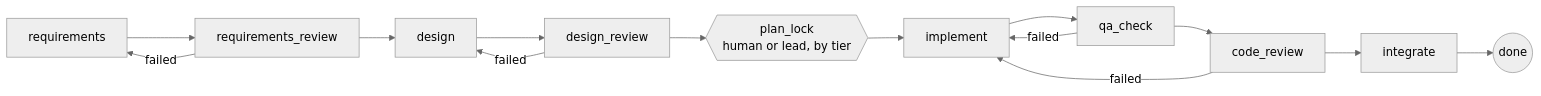
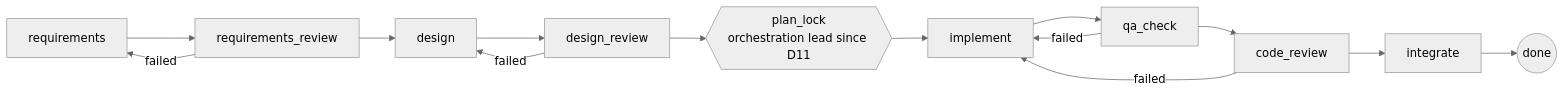
Before and after one commit to aurbanow1/url-shortener-agentic-sdlc: the third of 4 diagrams in docs/ARCHITECTURE.md, drawn with Mermaid (neutral theme). The commit also changed other lines of this file and 14 other files, not shown here.

````diff
--- a/docs/ARCHITECTURE.md
+++ b/docs/ARCHITECTURE.md
@@ -119,13 +121,13 @@
 ```mermaid
 flowchart LR
   REQ[requirements] --> RQR[requirements_review]
   RQR -- failed --> REQ
   RQR --> DES[design] --> DSR[design_review]
   DSR -- failed --> DES
-  DSR --> PL{{plan_lock<br/>human or lead, by tier}}
+  DSR --> PL{{plan_lock<br/>orchestration lead since D11}}
   PL --> IMPL[implement] --> QA[qa_check]
   QA -- failed --> IMPL
   QA --> CR[code_review]
   CR -- failed --> IMPL
   CR --> INT[integrate] --> DONE((done))
 ```
````
